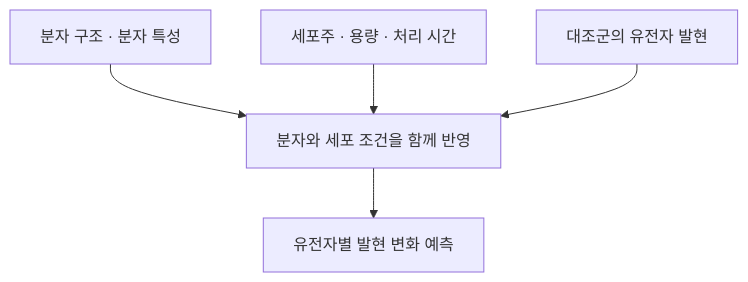
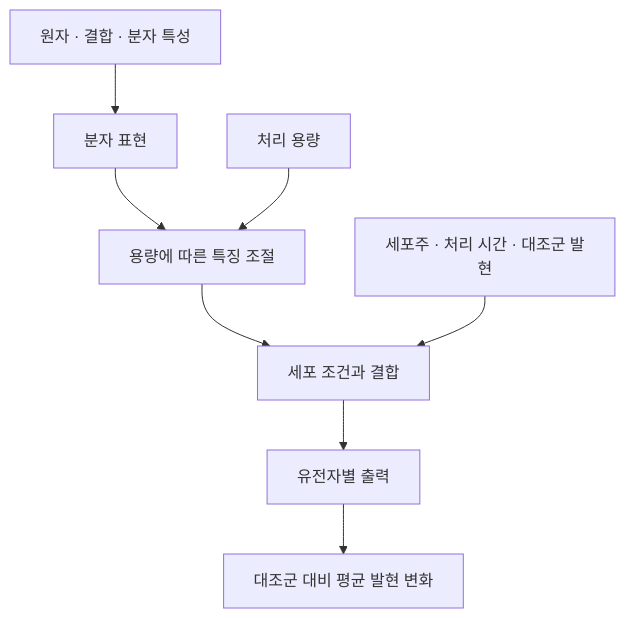
Before and after one commit to kkmmhh113/research-portfolio: the diagram in projects/drug-response/MODEL.md, drawn with Mermaid. The commit also changed other lines of this file and 10 other files, not shown here.

````diff
--- a/projects/drug-response/MODEL.md
+++ b/projects/drug-response/MODEL.md
@@ -9,7 +11,10 @@
 ```mermaid
 flowchart TD
-    A["분자 구조 · 분자 특성"] --> M["분자와 세포 조건을 함께 반영"]
-    B["세포주 · 용량 · 처리 시간"] --> M
-    C["대조군의 유전자 발현"] --> M
-    M --> Y["유전자별 발현 변화 예측"]
+    A["원자 · 결합 · 분자 특성"] --> P["분자 표현"]
+    P --> D["용량에 따른 특징 조절"]
+    Dose["처리 용량"] --> D
+    D --> C["세포 조건과 결합"]
+    Context["세포주 · 처리 시간 · 대조군 발현"] --> C
+    C --> R["유전자별 출력"]
+    R --> Y["대조군 대비 평균 발현 변화"]
 ```
````
